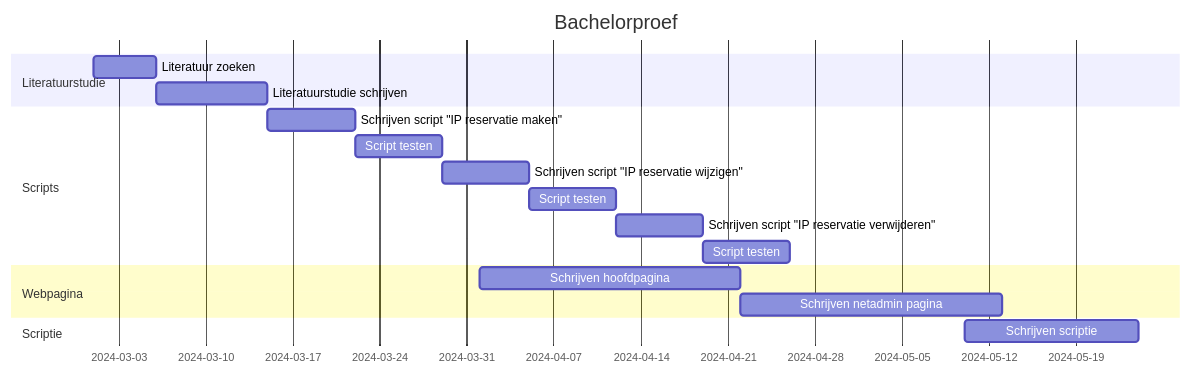
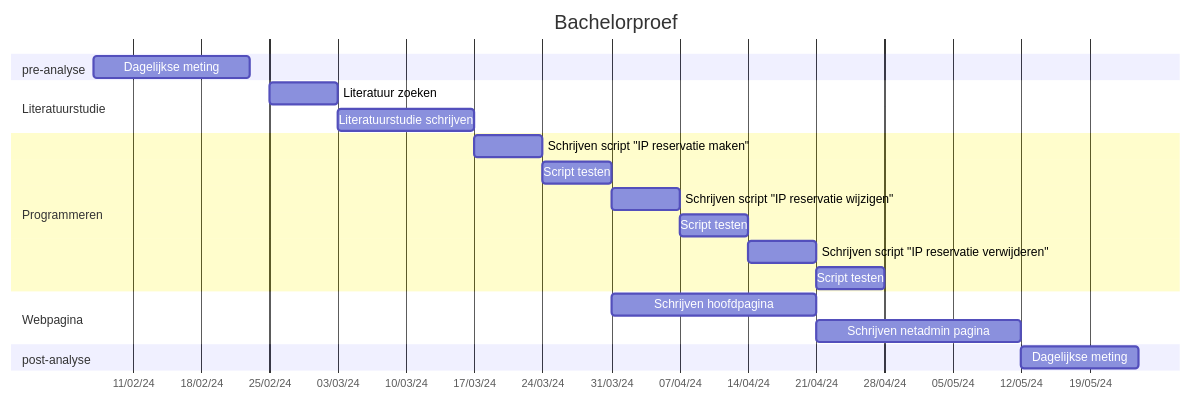
One commit to stcoppens/Bachelorproef changed the diagram in Voorstel/klad-Onderzoeksvoorstel.md. Above: the diagram before and after it, drawn with Mermaid. The commit also changed 15 other files, not shown here.

````diff
--- a/Voorstel/klad-Onderzoeksvoorstel.md
+++ b/Voorstel/klad-Onderzoeksvoorstel.md
@@ -76,20 +76,25 @@
 ```mermaid
 gantt
+    todayMarker off
     title Bachelorproef
     dateFormat YYYY-MM-DD
+    axisFormat %d/%m/%y
+    weekday monday
+    section pre-analyse
+        Dagelijkse meting: a1, 2024-02-07, 2024-02-23
     section Literatuurstudie
-        Literatuur zoeken: a1, 2024-03-01, 5d
-        Literatuurstudie schrijven: after a1, 9d
-    section Scripts
-        Schrijven script "IP reservatie maken": b1,2024-03-15, 1w
-        Script testen: b2, after b1, 1w
-        Schrijven script "IP reservatie wijzigen": b3, after b2, 1w
-        Script testen: b4, after b3, 1w
-        Schrijven script "IP reservatie verwijderen": b5, after b4, 1w
-        Script testen: after b5, 1w
+        Literatuur zoeken: b1, 2024-02-25, 7d
+        Literatuurstudie schrijven: after b1, 14d
+    section Programmeren
+        Schrijven script "IP reservatie maken": c1,2024-03-17, 1w
+        Script testen: c2, after c1, 1w
+        Schrijven script "IP reservatie wijzigen": c3, after c2, 1w
+        Script testen: c4, after c3, 1w
+        Schrijven script "IP reservatie verwijderen": c5, after c4, 1w
+        Script testen: after c5, 1w
     section Webpagina
-        Schrijven hoofdpagina: c1, 2024-04-01, 3w
-        Schrijven netadmin pagina: after c1, 3w
-    section Scriptie
-        Schrijven scriptie: 2024-05-10, 2024-05-24
+        Schrijven hoofdpagina: d1, 2024-03-31, 3w
+        Schrijven netadmin pagina: d2, after d1, 3w
+    section post-analyse
+        Dagelijkse meting: after d2, 2024-05-24
 ```
````
